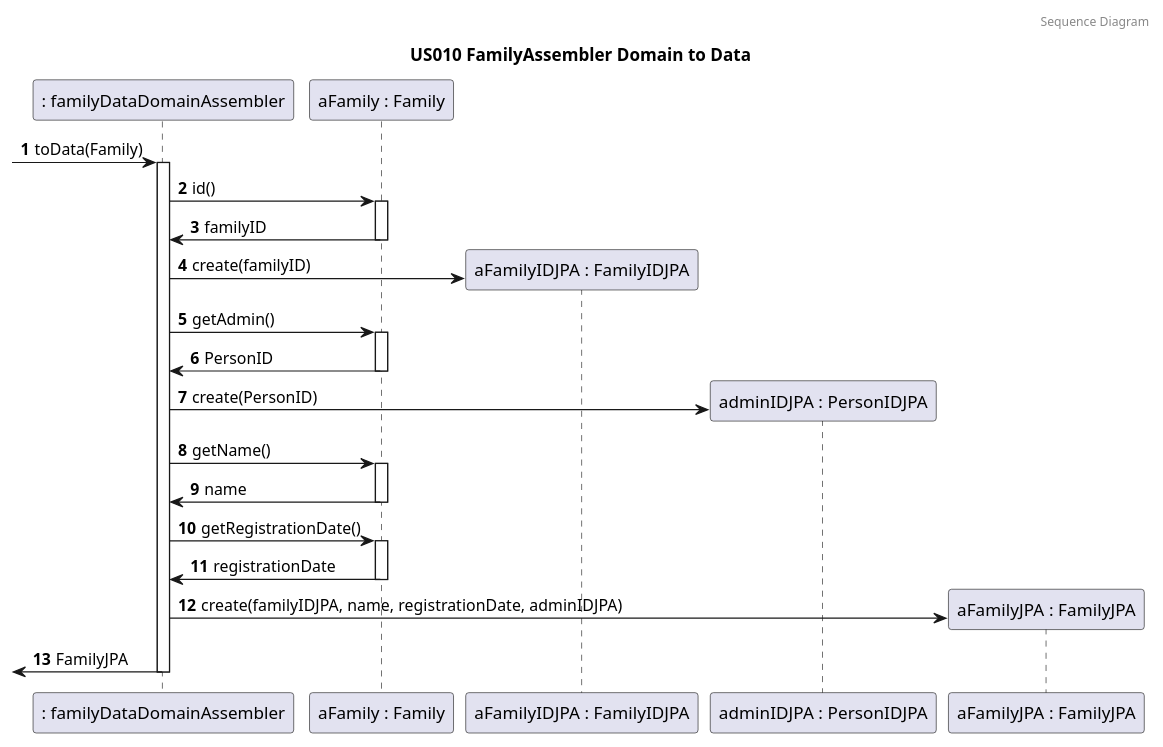
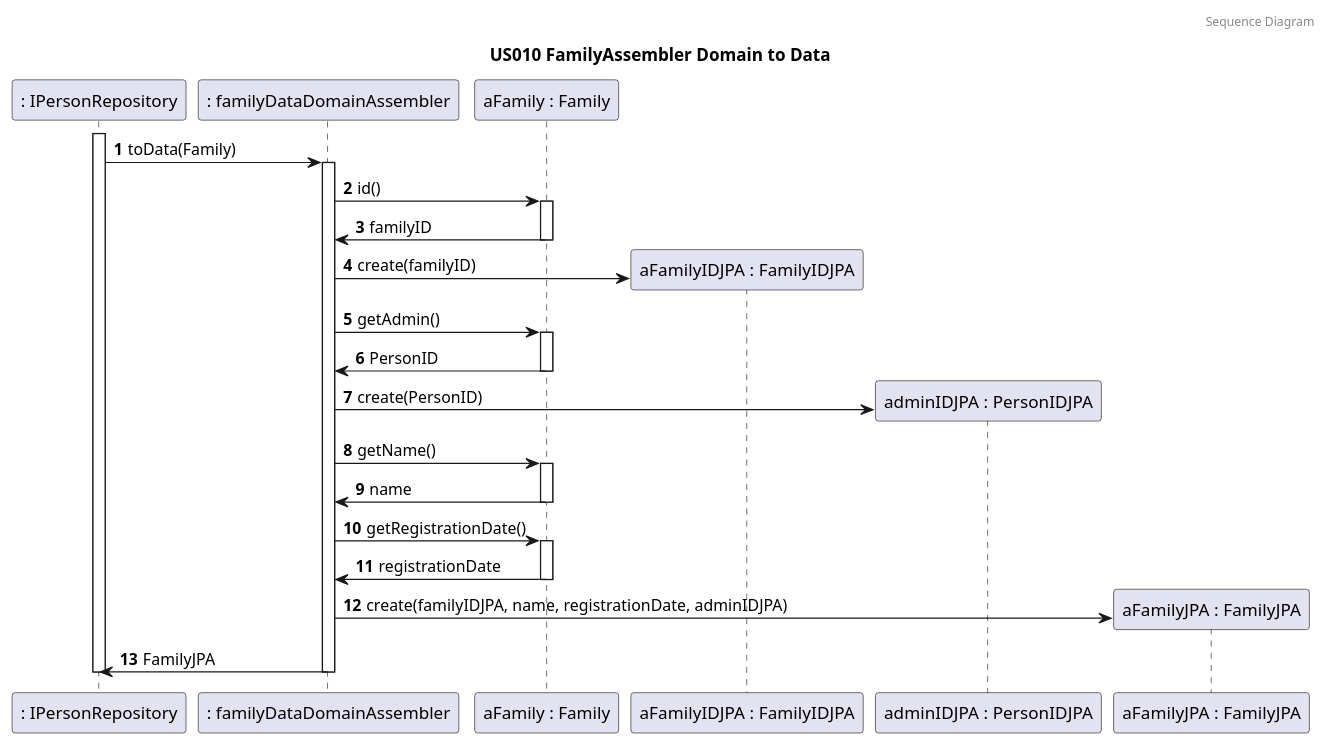
The fifth of 7 diagrams in docs/sprint4/user_stories/US010_CreateAFamilyAndSetAdministrator.md (tomas-osswald/switch_2020_g3), drawn with PlantUML before and after one commit. The commit also changed other lines of this file, not shown here.

Commit message:
add FamilyAssembler DTO to Domain

`````diff
--- a/docs/sprint4/user_stories/US010_CreateAFamilyAndSetAdministrator.md
+++ b/docs/sprint4/user_stories/US010_CreateAFamilyAndSetAdministrator.md
@@ -190,39 +199,42 @@
 ````puml
 @startuml
 
 autonumber
 header Sequence Diagram
 title US010 FamilyAssembler Domain to Data
 
+participant ": IPersonRepository" as personRepo
 participant ": familyDataDomainAssembler" as assembler
 participant "aFamily : Family" as Family
 participant "aFamilyIDJPA : FamilyIDJPA" as FamilyIDJPA
 participant "adminIDJPA : PersonIDJPA" as PersonIDJPA
 participant "aFamilyJPA : FamilyJPA" as FamilyJPA
 
--> assembler : toData(Family)
+activate personRepo
+personRepo -> assembler : toData(Family)
 activate assembler
 assembler -> Family : id()
 activate Family 
 Family -> assembler : familyID
 deactivate Family 
 assembler -> FamilyIDJPA** : create(familyID)
 assembler -> Family : getAdmin()
 activate Family 
 Family -> assembler : PersonID
 deactivate Family 
 assembler -> PersonIDJPA** : create(PersonID)
 assembler -> Family : getName()
 activate Family 
 Family -> assembler : name
 deactivate Family 
 assembler -> Family : getRegistrationDate()
 activate Family 
 Family -> assembler : registrationDate
 deactivate Family 
 assembler -> FamilyJPA** : create(familyIDJPA, name, registrationDate, adminIDJPA)
-<- assembler : FamilyJPA
+assembler -> personRepo : FamilyJPA
 deactivate assembler
+deactivate personRepo
 
 @enduml
 ````
`````
